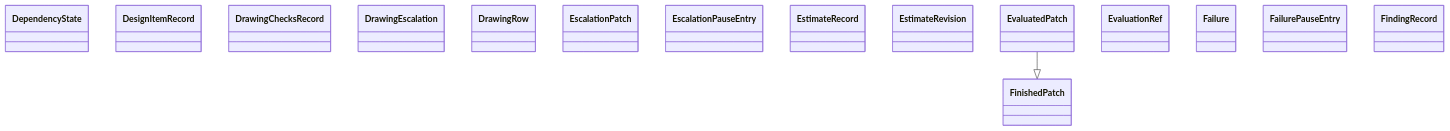
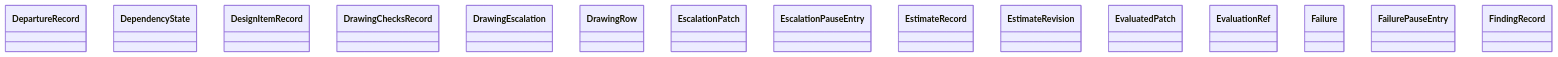
The diagram in docs/architecture/generated/classes-process-domain-state-5.md (GonzaloZevallos/agentic-system), drawn with Mermaid before and after one commit. The commit also changed other lines of this file and 9 other files, not shown here.

Commit message:
Register spec_draft in the type-checked files and regenerate the architecture docs

````diff
--- a/docs/architecture/generated/classes-process-domain-state-5.md
+++ b/docs/architecture/generated/classes-process-domain-state-5.md
@@ -30,19 +30,18 @@
 ```mermaid
 classDiagram
+    class task__DepartureRecord["DepartureRecord"]
     class task__DependencyState["DependencyState"]
     class task__DesignItemRecord["DesignItemRecord"]
     class task__DrawingChecksRecord["DrawingChecksRecord"]
     class task__DrawingEscalation["DrawingEscalation"]
     class task__DrawingRow["DrawingRow"]
     class task__EscalationPatch["EscalationPatch"]
     class task__EscalationPauseEntry["EscalationPauseEntry"]
     class task__EstimateRecord["EstimateRecord"]
     class task__EstimateRevision["EstimateRevision"]
     class task__EvaluatedPatch["EvaluatedPatch"]
     class task__EvaluationRef["EvaluationRef"]
     class task__Failure["Failure"]
     class task__FailurePauseEntry["FailurePauseEntry"]
     class task__FindingRecord["FindingRecord"]
-    class task__FinishedPatch["FinishedPatch"]
-    task__EvaluatedPatch --|> task__FinishedPatch
 ```
````
